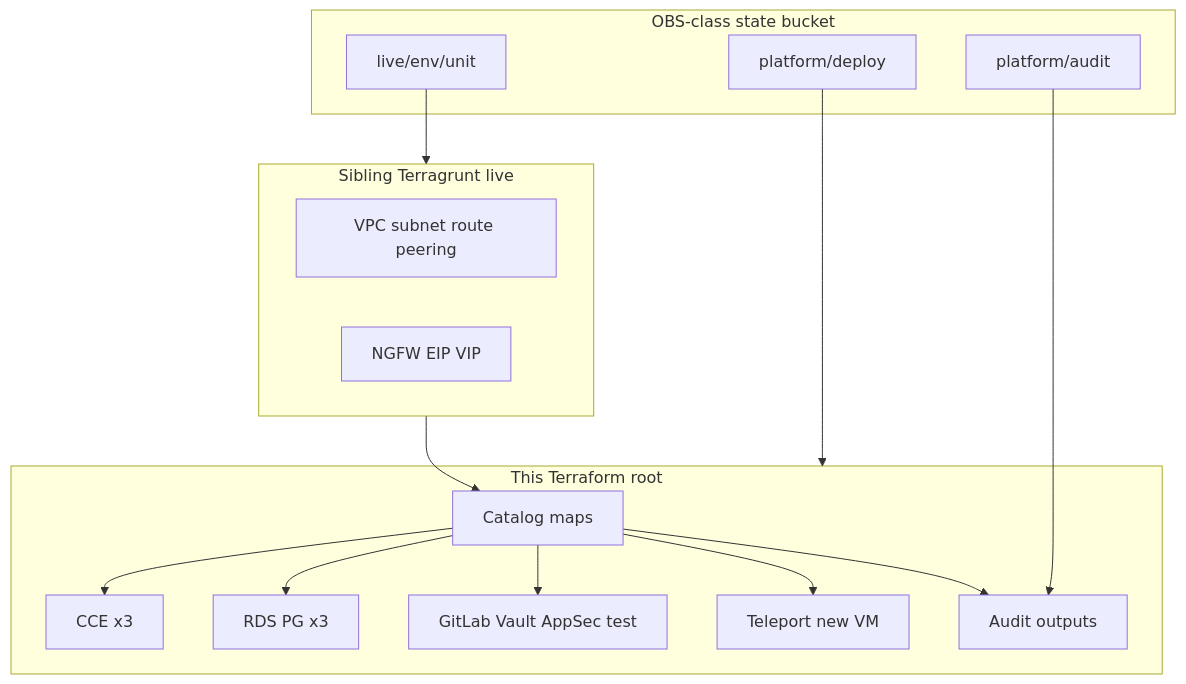
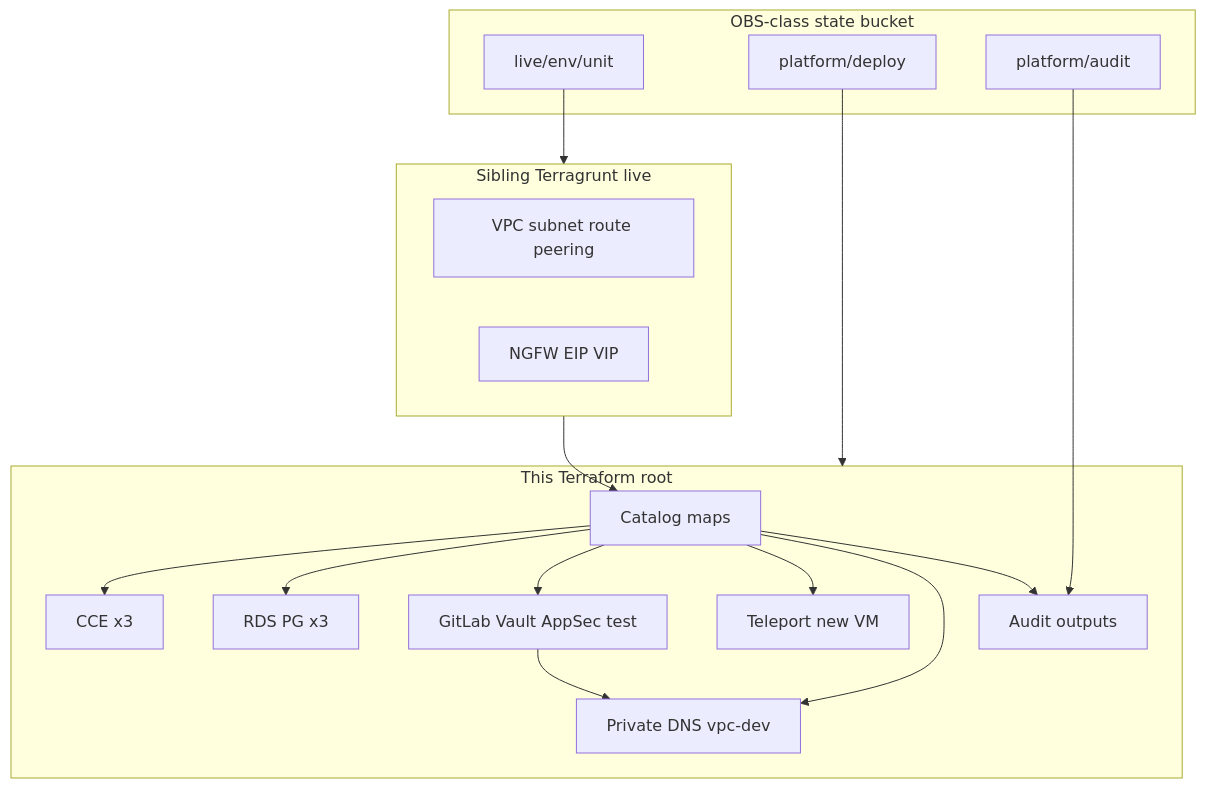
The diagram in diagrams/case-studies/07-huawei-compute-catalog.md (NarberallGamma/narberall-platform-engineer-lab), drawn with Mermaid before and after one commit. The commit also changed 10 other files, not shown here.

First line of the commit message:
Add sanitized private DNS on the Huawei compute catalog.

````diff
--- a/diagrams/case-studies/07-huawei-compute-catalog.md
+++ b/diagrams/case-studies/07-huawei-compute-catalog.md
@@ -3,29 +3,32 @@
 ```mermaid
 flowchart TB
   subgraph live [Sibling Terragrunt live]
     VPC[VPC subnet route peering]
     NGFW[NGFW EIP VIP]
   end
   subgraph bucket [OBS-class state bucket]
     LiveKey["live/env/unit"]
     DeployKey["platform/deploy"]
     AuditKey["platform/audit"]
   end
   subgraph compute [This Terraform root]
     Cat[Catalog maps]
     CCE[CCE x3]
     RDS[RDS PG x3]
     ECS[GitLab Vault AppSec test]
     TP[Teleport new VM]
+    DNS[Private DNS vpc-dev]
     Audit[Audit outputs]
   end
   live --> Cat
   Cat --> CCE
   Cat --> RDS
   Cat --> ECS
   Cat --> TP
+  Cat --> DNS
+  ECS --> DNS
   Cat --> Audit
   LiveKey --> live
   DeployKey --> compute
   AuditKey --> Audit
 ```
````
